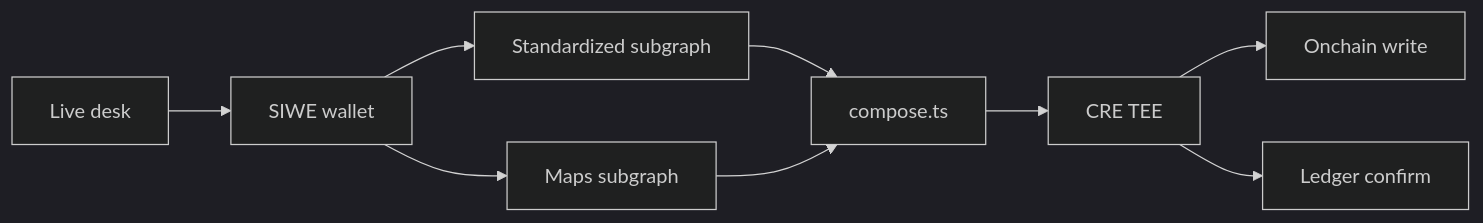
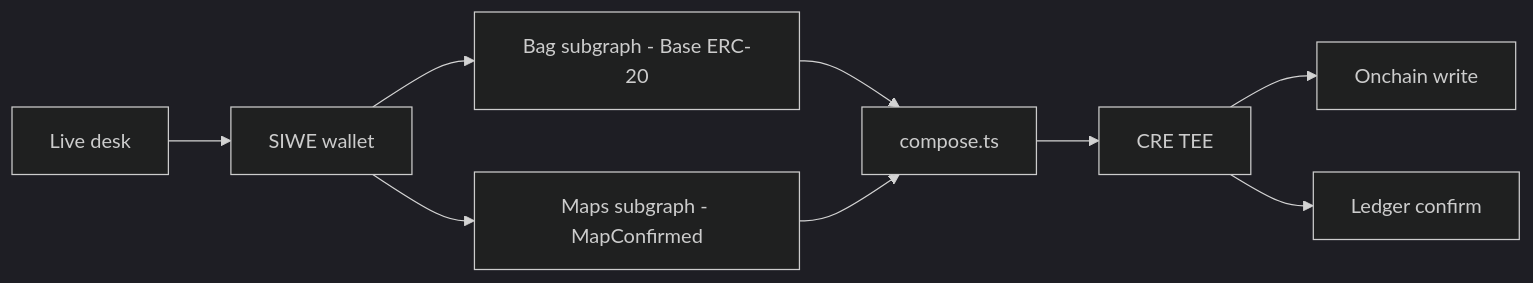
One commit to AiAlchemist0/tradecharts-attest changed the diagram in docs/ARCHITECTURE.md. Above: the diagram before and after it, drawn with Mermaid (dark theme). The commit also changed other lines of this file, not shown here.

Commit message:
docs: architecture reflects the shipped join — live subgraphs, bag client, demo

````diff
--- a/docs/ARCHITECTURE.md
+++ b/docs/ARCHITECTURE.md
@@ -12,20 +12,20 @@
 ```mermaid
 flowchart LR
   desk[Live desk]
   wallet[SIWE wallet]
-  std[Standardized subgraph]
-  maps[Maps subgraph]
+  std[Bag subgraph - Base ERC-20]
+  maps[Maps subgraph - MapConfirmed]
   compose[compose.ts]
   cre[CRE TEE]
   chain[Onchain write]
   ledger[Ledger confirm]
 
   desk --> wallet
   wallet --> std
   wallet --> maps
   std --> compose
   maps --> compose
   compose --> cre
   cre --> chain
   cre --> ledger
 ```
````
